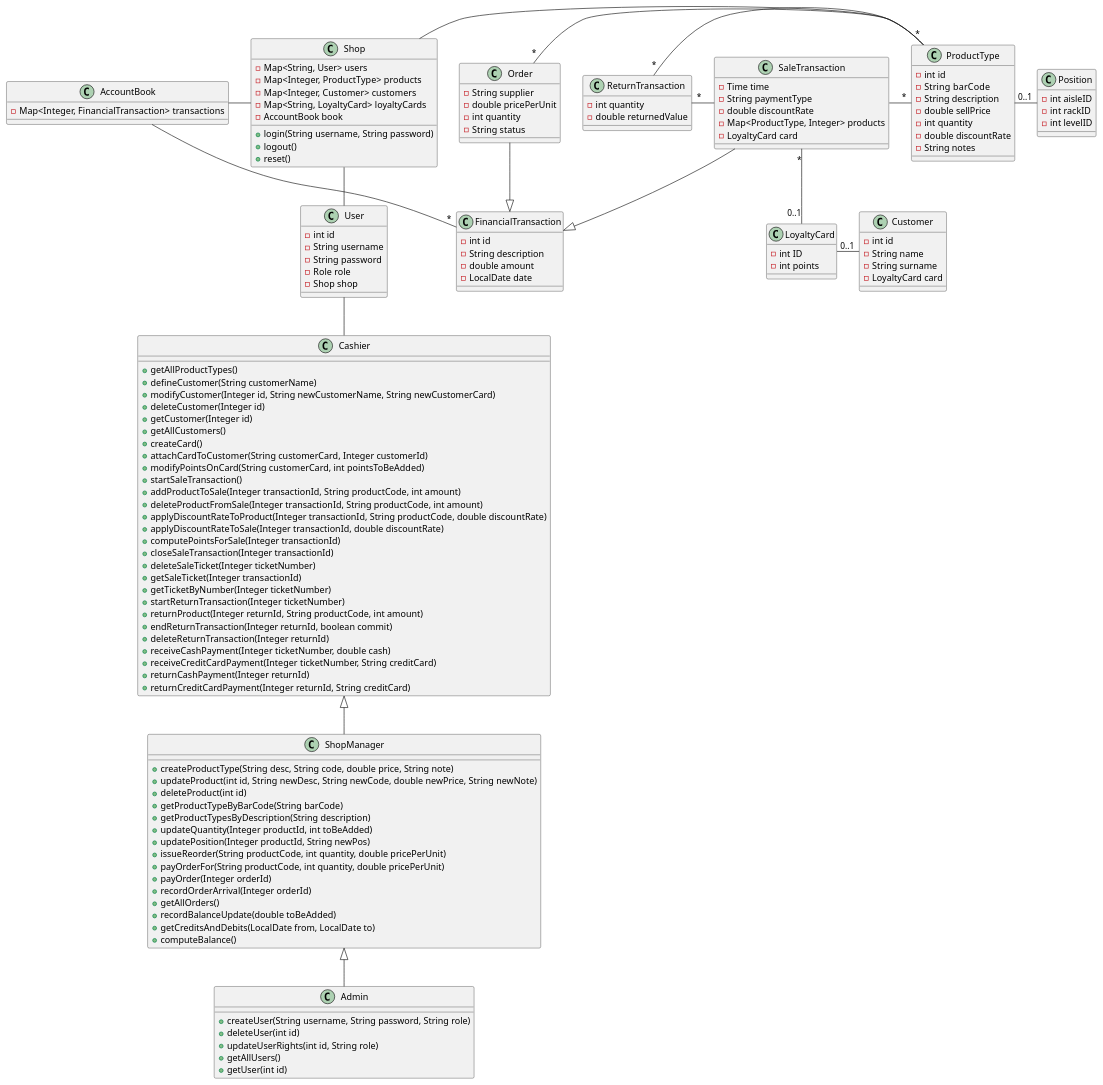
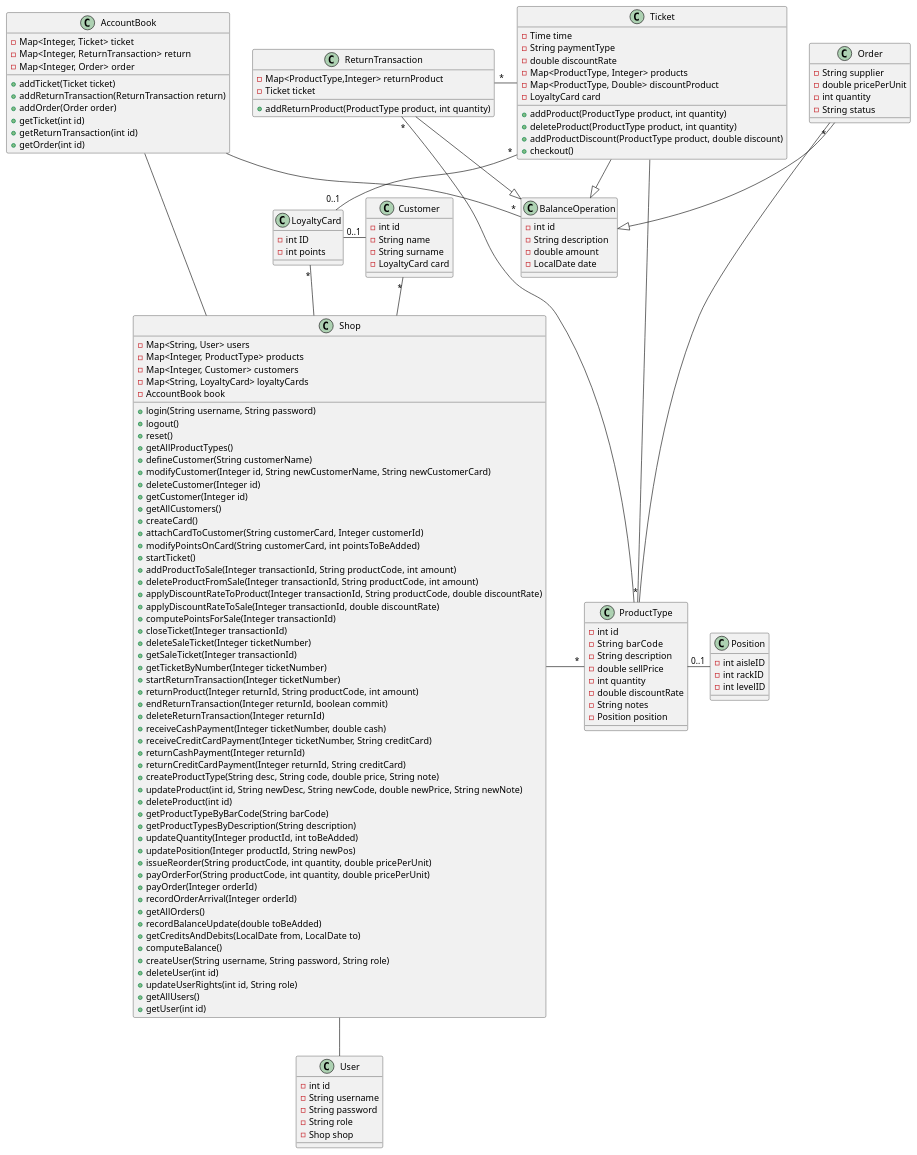
The second of 2 diagrams in Deliverables/DesignDocument.md (BMike10/EzShop), drawn with PlantUML before and after one commit. The commit also changed other lines of this file, not shown here.

Commit message:
updated DesignDocument

```diff
--- a/Deliverables/DesignDocument.md
+++ b/Deliverables/DesignDocument.md
@@ -56,18 +56,7 @@
     + login(String username, String password)
     + logout()
     + reset()
-}
-class User{
-    - int id
-    - String username
-    - String password
-    - Role role
-    - Shop shop
-}
-' interface Role{
-' }
-class Cashier{
-    + getAllProductTypes()
+       + getAllProductTypes()
     + defineCustomer(String customerName)
     + modifyCustomer(Integer id, String newCustomerName, String newCustomerCard)
     + deleteCustomer(Integer id)
@@ -76,13 +65,13 @@
     + createCard()
     + attachCardToCustomer(String customerCard, Integer customerId)
     + modifyPointsOnCard(String customerCard, int pointsToBeAdded)
-    + startSaleTransaction()
+    + startTicket()
     + addProductToSale(Integer transactionId, String productCode, int amount)
     + deleteProductFromSale(Integer transactionId, String productCode, int amount)
     + applyDiscountRateToProduct(Integer transactionId, String productCode, double discountRate)
     + applyDiscountRateToSale(Integer transactionId, double discountRate)
     + computePointsForSale(Integer transactionId)
-    + closeSaleTransaction(Integer transactionId)
+    + closeTicket(Integer transactionId)
     + deleteSaleTicket(Integer ticketNumber)
     + getSaleTicket(Integer transactionId)
     + getTicketByNumber(Integer ticketNumber)
@@ -94,9 +83,6 @@
     + receiveCreditCardPayment(Integer ticketNumber, String creditCard) 
     + returnCashPayment(Integer returnId)
     + returnCreditCardPayment(Integer returnId, String creditCard)
-
-}
-class ShopManager{
     + createProductType(String desc, String code, double price, String note)
     + updateProduct(int id, String newDesc, String newCode, double newPrice, String newNote)
     + deleteProduct(int id)
@@ -112,43 +98,58 @@
     + recordBalanceUpdate(double toBeAdded)
     + getCreditsAndDebits(LocalDate from, LocalDate to)
     + computeBalance()
-}
-class Admin{
     + createUser(String username, String password, String role)
     + deleteUser(int id)
     + updateUserRights(int id, String role)
     + getAllUsers()
     + getUser(int id)
 }
-User -- Cashier
+class User{
+    - int id
+    - String username
+    - String password
+    - String role
+    - Shop shop
+}
+' interface Role{
+' }
+
 Shop -- User
-Cashier <|-- ShopManager
-ShopManager <|-- Admin
 
-class AccountBook {
-    - Map<Integer, FinancialTransaction> transactions
+
+class AccountBook { 
+    - Map<Integer, Ticket> ticket
+    - Map<Integer, ReturnTransaction> return
+    - Map<Integer, Order> order
     '  methods
+    + addTicket(Ticket ticket)
+    + addReturnTransaction(ReturnTransaction return)
+    + addOrder(Order order)
+    + getTicket(int id)
+    + getReturnTransaction(int id)
+    + getOrder(int id)
+    
 
 }
 AccountBook - Shop
-class FinancialTransaction {
+class BalanceOperation {
  - int id
  - String description
  - double amount
  - LocalDate date
 }
-AccountBook -- "*" FinancialTransaction
+AccountBook -- "*" BalanceOperation
 
 ' class Credit 
 ' class Debit
 ' 
-' Credit --|> FinancialTransaction
-' Debit --|> FinancialTransaction
+' Credit --|> BalanceOperation
+' Debit --|> BalanceOperation
 
 'class Sale
 'class Return
-Order --|> FinancialTransaction
-SaleTransaction --|> FinancialTransaction
+Order --|> BalanceOperation
+Ticket --|> BalanceOperation
 'Order --|> Debit
 'Sale --|> Credit
 'Return --|> Debit
@@ -162,18 +163,25 @@
     - int quantity
     - double discountRate
     - String notes
+    - Position position
 }
 
 Shop - "*" ProductType
 
-class SaleTransaction {
+class Ticket {
     - Time time
     - String paymentType
     - double discountRate
     - Map<ProductType, Integer> products
+    - Map<ProductType, Double> discountProduct
     - LoyaltyCard card
+    + addProduct(ProductType product, int quantity)
+    + deleteProduct(ProductType product, int quantity)
+    + addProductDiscount(ProductType product, double discount)
+    + checkout() 
+
 }
-SaleTransaction - "*" ProductType
+Ticket - "*" ProductType
 
 
 class LoyaltyCard {
@@ -190,7 +198,9 @@
 
 LoyaltyCard "0..1" - Customer
 
-SaleTransaction "*" -- "0..1" LoyaltyCard
+LoyaltyCard "*"-- Shop
+Customer "*"-- Shop
+Ticket "*" -- "0..1" LoyaltyCard
 
 
 
@@ -213,11 +223,14 @@
 Order "*" - ProductType
 
 class ReturnTransaction {
-  -int quantity
-  -double returnedValue
+  -Map<ProductType,Integer> returnProduct
+  -Ticket ticket
+  + addReturnProduct(ProductType product, int quantity)
+
 }
 
-ReturnTransaction "*" - SaleTransaction
+ReturnTransaction --|> BalanceOperation
+ReturnTransaction "*" - Ticket
 ReturnTransaction "*" - ProductType
 
 @enduml
```
